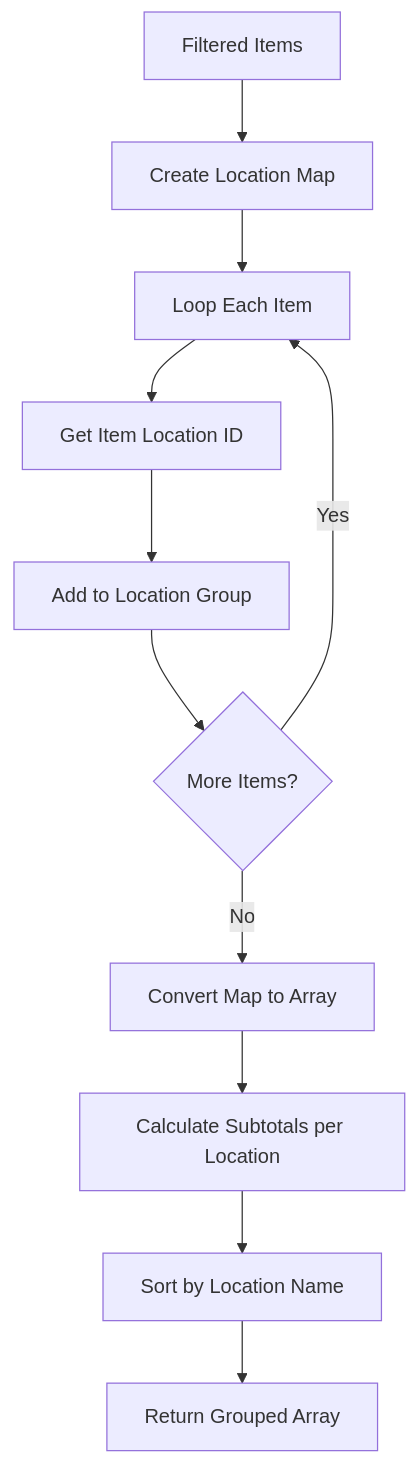
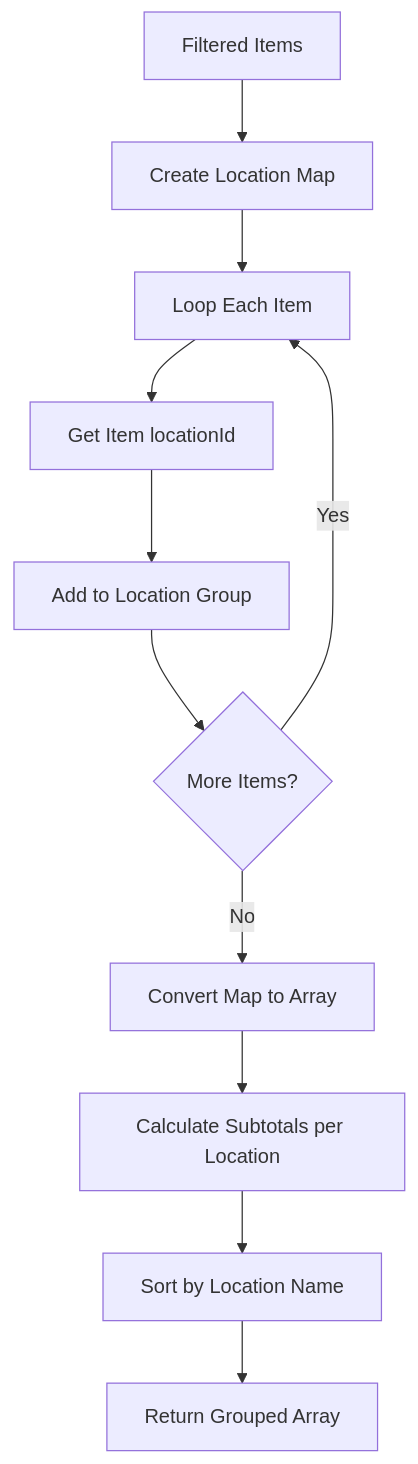
One commit to PeakMNA/carmen changed the ninth of 23 diagrams in docs/app/inventory-management/stock-overview/inventory-aging/FD-inventory-aging.md. Above: the diagram before and after it, drawn with Mermaid. The commit also changed other lines of this file and 473 other files, not shown here.

````diff
--- a/docs/app/inventory-management/stock-overview/inventory-aging/FD-inventory-aging.md
+++ b/docs/app/inventory-management/stock-overview/inventory-aging/FD-inventory-aging.md
@@ -154,13 +202,13 @@
 ```mermaid
-flowchart TD
+graph TD
     A[Filtered Items] --> B[Create Location Map]
     B --> C[Loop Each Item]
-    C --> D[Get Item Location ID]
+    C --> D[Get Item locationId]
     D --> E[Add to Location Group]
     E --> F{More Items?}
     F -->|Yes| C
     F -->|No| G[Convert Map to Array]
     G --> H[Calculate Subtotals per Location]
     H --> I[Sort by Location Name]
     I --> J[Return Grouped Array]
 ```
````
